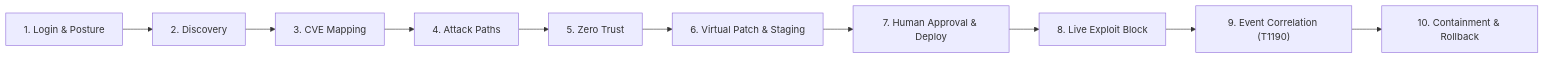
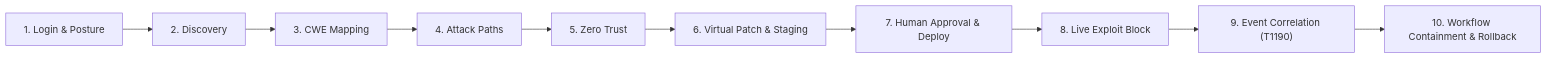
One commit to yogeshscore442/Prevent-X changed the diagram in docs/DEMO_GUIDE.md. Above: the diagram before and after it, drawn with Mermaid. The commit also changed other lines of this file and 5 other files, not shown here.

````diff
--- a/docs/DEMO_GUIDE.md
+++ b/docs/DEMO_GUIDE.md
@@ -19,12 +20,12 @@
 ```mermaid
 flowchart LR
     PhaseA["1. Login & Posture"] --> PhaseB["2. Discovery"]
-    PhaseB --> PhaseC["3. CVE Mapping"]
+    PhaseB --> PhaseC["3. CWE Mapping"]
     PhaseC --> PhaseD["4. Attack Paths"]
     PhaseD --> PhaseE["5. Zero Trust"]
     PhaseE --> PhaseF["6. Virtual Patch & Staging"]
     PhaseF --> PhaseG["7. Human Approval & Deploy"]
     PhaseG --> PhaseH["8. Live Exploit Block"]
     PhaseH --> PhaseI["9. Event Correlation (T1190)"]
-    PhaseI --> PhaseJ["10. Containment & Rollback"]
+    PhaseI --> PhaseJ["10. Workflow Containment & Rollback"]
 ```
````
